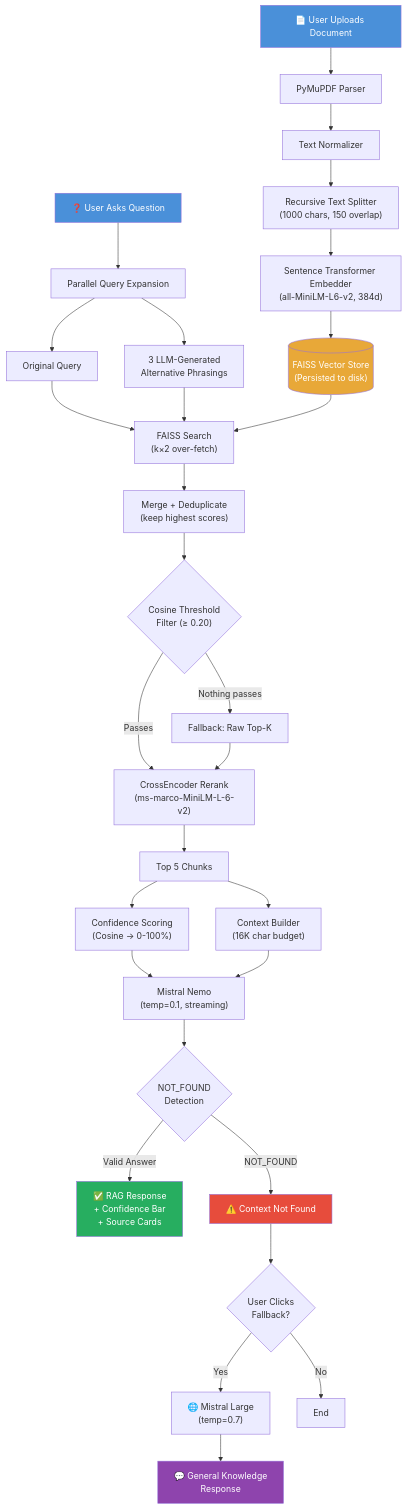
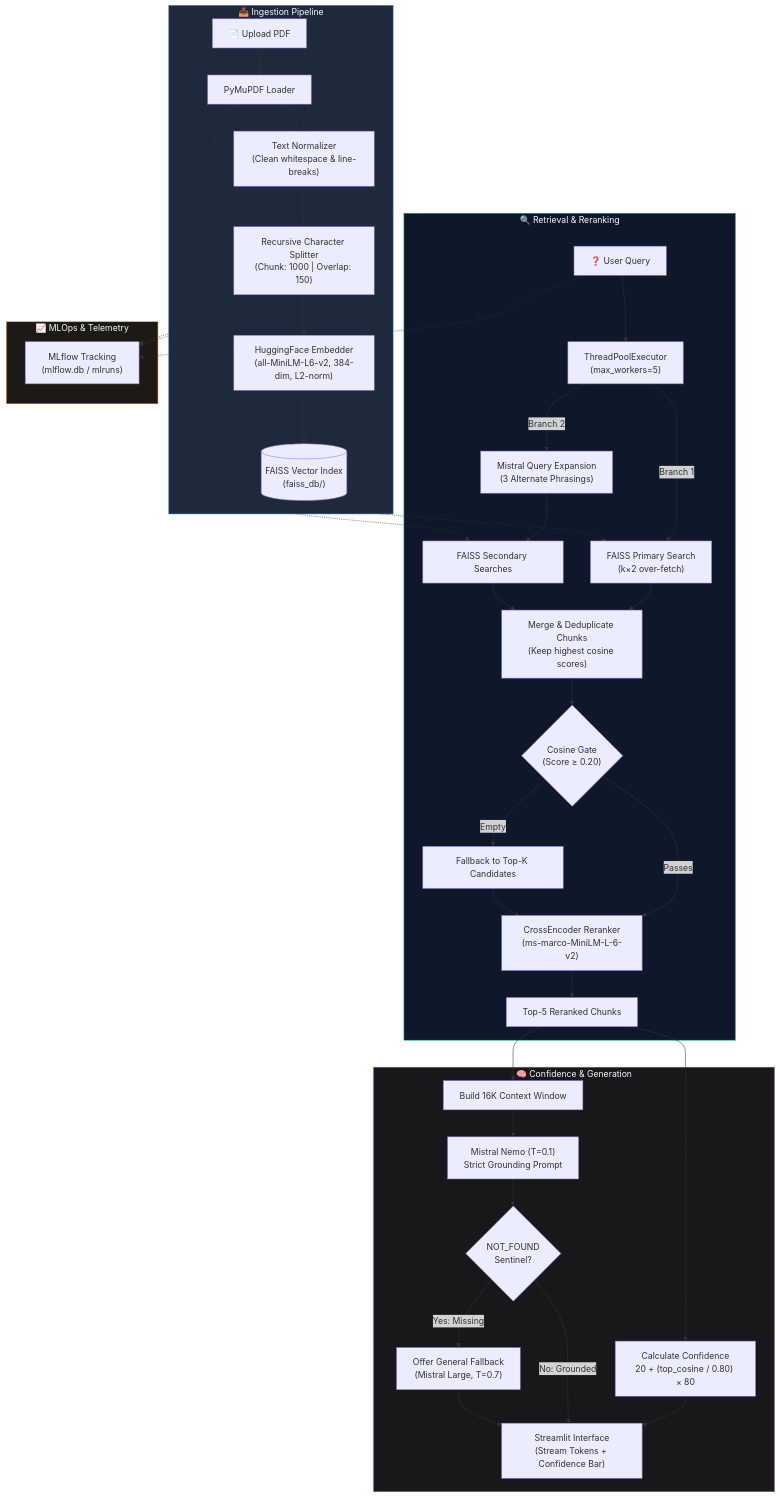
Before and after one commit to kumarvishal10351/-AURA-Adaptive-Unified-Retrieval-Assistant: the diagram in README.md, drawn with Mermaid. The commit also changed other lines of this file and 48 other files, not shown here.

````diff
--- a/README.md
+++ b/README.md
@@ -206,45 +107,51 @@
 ```mermaid
 flowchart TD
-    A["📄 User Uploads Document"] --> B["PyMuPDF Parser"]
-    B --> C["Text Normalizer"]
-    C --> D["Recursive Text Splitter<br/>(1000 chars, 150 overlap)"]
-    D --> E["Sentence Transformer Embedder<br/>(all-MiniLM-L6-v2, 384d)"]
-    E --> F[("FAISS Vector Store<br/>(Persisted to disk)")]
+    subgraph INGESTION ["📥 Ingestion Pipeline"]
+        A["📄 Upload PDF"] --> B["PyMuPDF Loader"]
+        B --> C["Text Normalizer<br/>(Clean whitespace & line-breaks)"]
+        C --> D["Recursive Character Splitter<br/>(Chunk: 1000 | Overlap: 150)"]
+        D --> E["HuggingFace Embedder<br/>(all-MiniLM-L6-v2, 384-dim, L2-norm)"]
+        E --> F[("FAISS Vector Index<br/>(faiss_db/)")]
+    end
 
-    G["❓ User Asks Question"] --> H["Parallel Query Expansion"]
-    H --> I["Original Query"]
-    H --> J["3 LLM-Generated<br/>Alternative Phrasings"]
+    subgraph RETRIEVAL ["🔍 Retrieval & Reranking"]
+        Q["❓ User Query"] --> PE["ThreadPoolExecutor<br/>(max_workers=5)"]
+        PE -->|"Branch 1"| FQ["FAISS Primary Search<br/>(k×2 over-fetch)"]
+        PE -->|"Branch 2"| QE["Mistral Query Expansion<br/>(3 Alternate Phrasings)"]
+        QE --> EQF["FAISS Secondary Searches"]
+        
+        FQ --> M["Merge & Deduplicate Chunks<br/>(Keep highest cosine scores)"]
+        EQF --> M
+        F -.-> FQ
+        F -.-> EQF
 
-    I --> K["FAISS Search<br/>(k×2 over-fetch)"]
-    J --> K
-    F --> K
+        M --> GATE{"Cosine Gate<br/>(Score ≥ 0.20)"}
+        GATE -->|"Passes"| CE["CrossEncoder Reranker<br/>(ms-marco-MiniLM-L-6-v2)"]
+        GATE -->|"Empty"| FB_K["Fallback to Top-K Candidates"]
+        FB_K --> CE
 
-    K --> L["Merge + Deduplicate<br/>(keep highest scores)"]
-    L --> M{"Cosine Threshold<br/>Filter (≥ 0.20)"}
+        CE --> TOP5["Top-5 Reranked Chunks"]
+    end
 
-    M -->|"Passes"| N["CrossEncoder Rerank<br/>(ms-marco-MiniLM-L-6-v2)"]
-    M -->|"Nothing passes"| O["Fallback: Raw Top-K"]
-    O --> N
+    subgraph GENERATION ["🧠 Confidence & Generation"]
+        TOP5 --> CS["Calculate Confidence<br/>20 + (top_cosine / 0.80) × 80"]
+        TOP5 --> CTX["Build 16K Context Window"]
+        CTX --> LLM["Mistral Nemo (T=0.1)<br/>Strict Grounding Prompt"]
+        CS --> UI["Streamlit Interface<br/>(Stream Tokens + Confidence Bar)"]
+        LLM --> NF{"NOT_FOUND<br/>Sentinel?"}
+        NF -->|"No: Grounded"| UI
+        NF -->|"Yes: Missing"| FBO["Offer General Fallback<br/>(Mistral Large, T=0.7)"]
+        FBO --> UI
+    end
 
-    N --> P["Top 5 Chunks"]
-    P --> Q["Confidence Scoring<br/>(Cosine → 0-100%)"]
-    P --> R["Context Builder<br/>(16K char budget)"]
+    subgraph MLOPS ["📈 MLOps & Telemetry"]
+        B -.-> ML["MLflow Tracking<br/>(mlflow.db / mlruns)"]
+        D -.-> ML
+        Q -.-> ML
+    end
 
-    Q --> S["Mistral Nemo<br/>(temp=0.1, streaming)"]
-    R --> S
-
-    S --> T{"NOT_FOUND<br/>Detection"}
-    T -->|"Valid Answer"| U["✅ RAG Response<br/>+ Confidence Bar<br/>+ Source Cards"]
-    T -->|"NOT_FOUND"| V["⚠️ Context Not Found"]
-    V --> W{"User Clicks<br/>Fallback?"}
-    W -->|"Yes"| X["🌐 Mistral Large<br/>(temp=0.7)"]
-    W -->|"No"| Y["End"]
-    X --> Z["💬 General Knowledge<br/>Response"]
-
-    style A fill:#4A90D9,color:#fff
-    style G fill:#4A90D9,color:#fff
-    style F fill:#E8A838,color:#fff
-    style U fill:#27AE60,color:#fff
-    style Z fill:#8E44AD,color:#fff
-    style V fill:#E74C3C,color:#fff
+    style INGESTION fill:#1e293b,stroke:#3b82f6,color:#f8fafc
+    style RETRIEVAL fill:#0f172a,stroke:#10b981,color:#f8fafc
+    style GENERATION fill:#18181b,stroke:#8b5cf6,color:#f8fafc
+    style MLOPS fill:#1c1917,stroke:#f59e0b,color:#f8fafc
 ```
````
